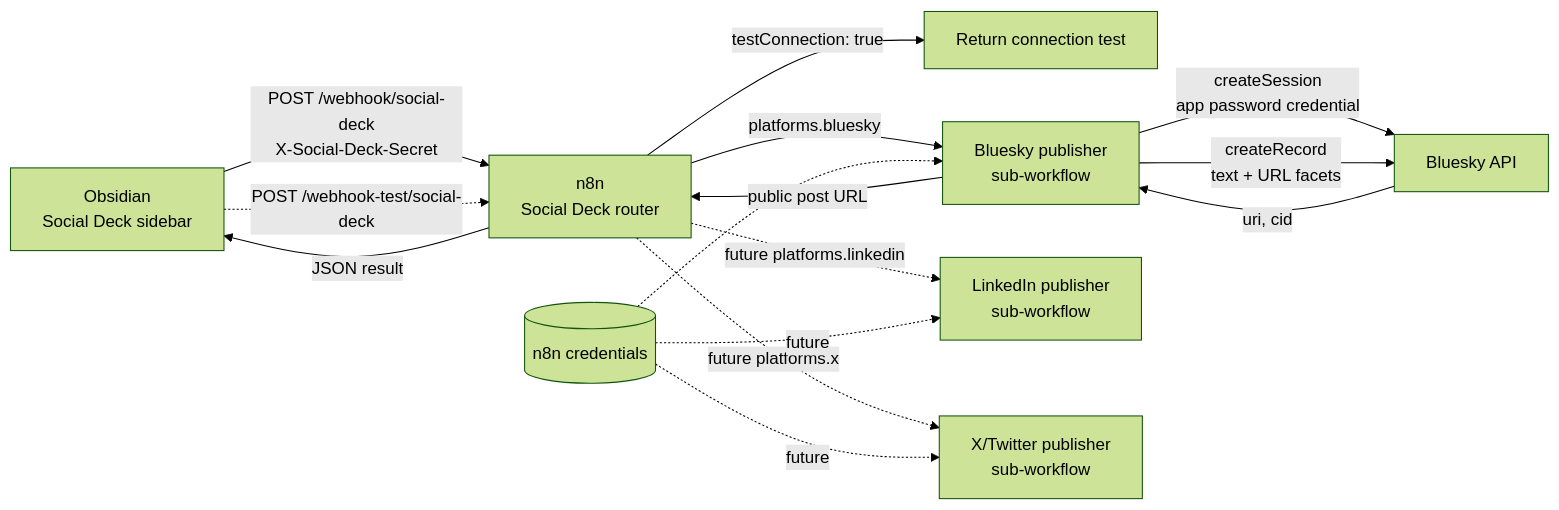
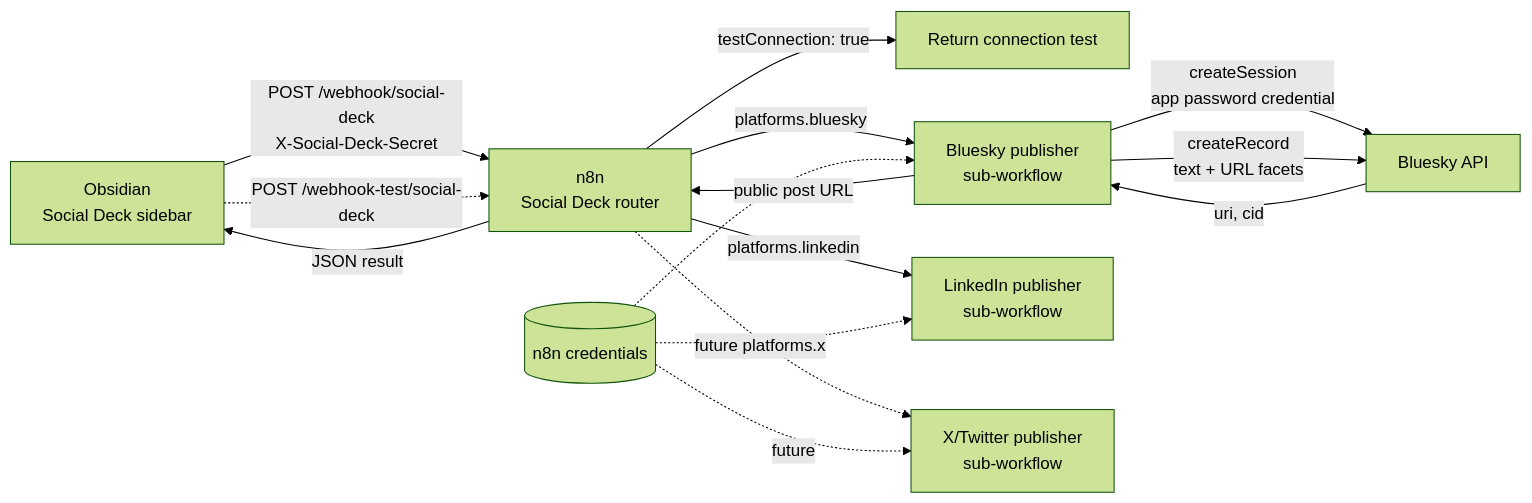
Before and after one commit to torin-cyber-group/obsidian-social-deck: the diagram in README.md, drawn with Mermaid (forest theme). The commit also changed other lines of this file and 10 other files, not shown here.

Commit message:
Add LinkedIn publishing workflow

````diff
--- a/README.md
+++ b/README.md
@@ -74,20 +80,20 @@
 ```mermaid
 flowchart LR
     A["Obsidian<br/>Social Deck sidebar"] -->|"POST /webhook/social-deck<br/>X-Social-Deck-Secret"| B["n8n<br/>Social Deck router"]
     A -.->|"POST /webhook-test/social-deck"| B
 
     B -->|"testConnection: true"| C["Return connection test"]
     B -->|"platforms.bluesky"| D["Bluesky publisher<br/>sub-workflow"]
-    B -.->|"future platforms.linkedin"| E["LinkedIn publisher<br/>sub-workflow"]
+    B -->|"platforms.linkedin"| E["LinkedIn publisher<br/>sub-workflow"]
     B -.->|"future platforms.x"| F["X/Twitter publisher<br/>sub-workflow"]
 
     D -->|"createSession<br/>app password credential"| G["Bluesky API"]
     D -->|"createRecord<br/>text + URL facets"| G
     G -->|"uri, cid"| D
     D -->|"public post URL"| B
     B -->|"JSON result"| A
 
     H[("n8n credentials")] -.-> D
-    H -.->|"future"| E
+    H -.-> E
     H -.->|"future"| F
 ```
````
